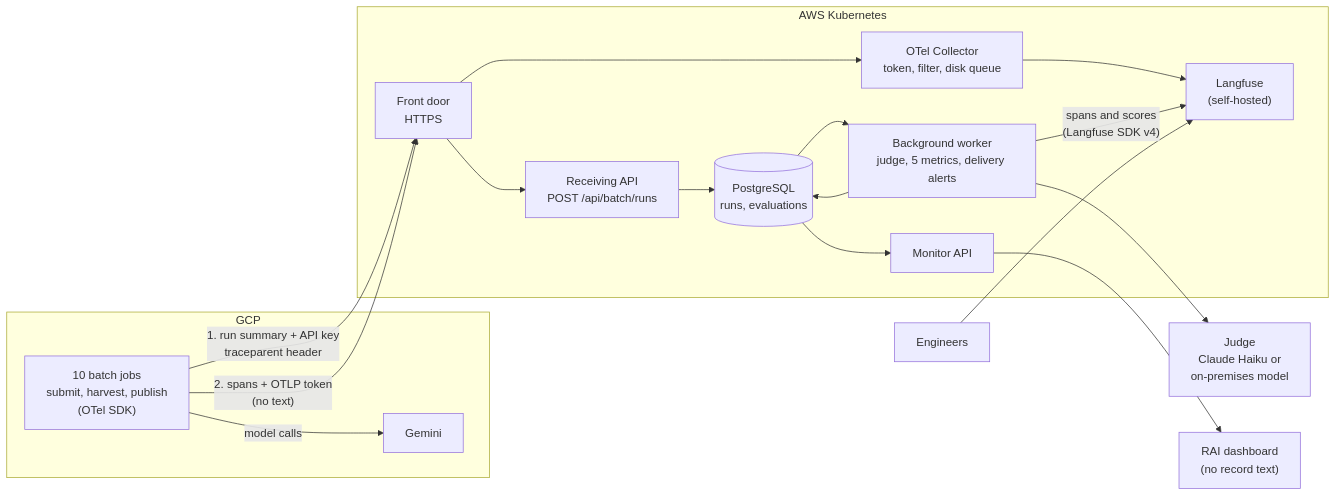
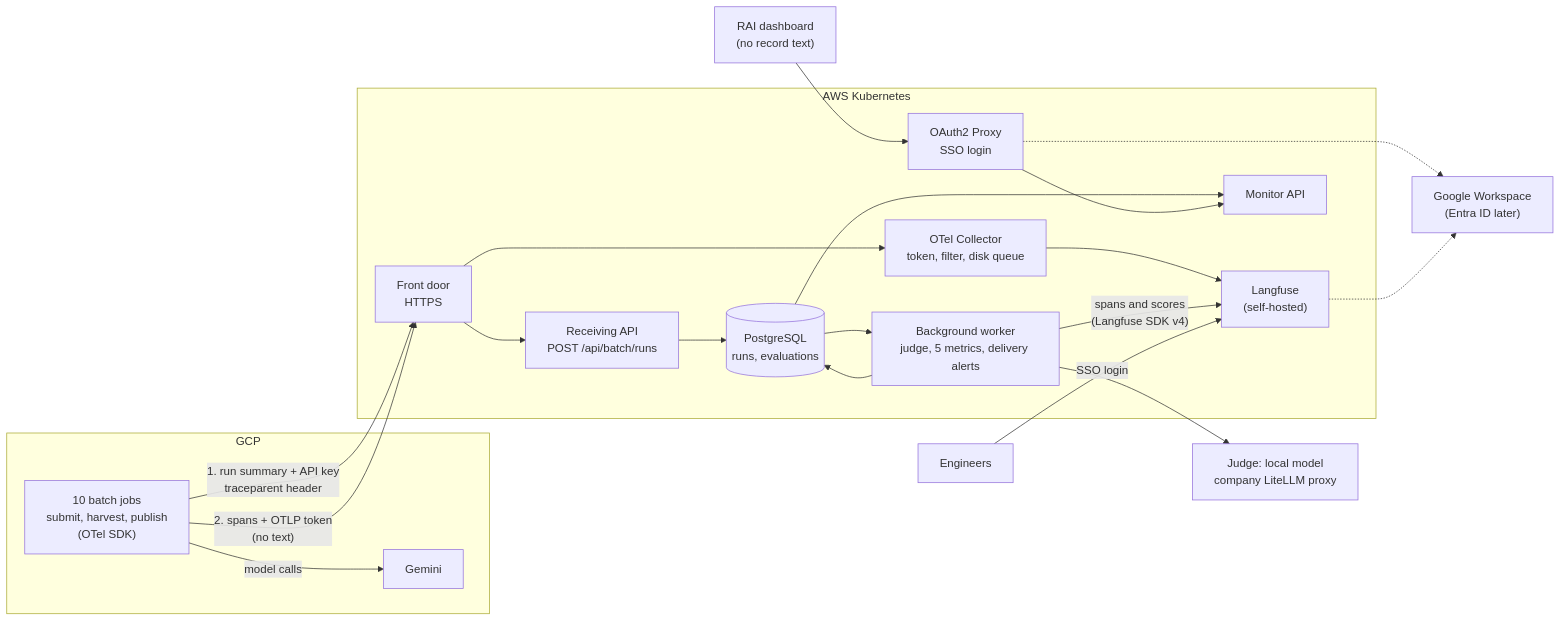
Before and after one commit to tkhongsap-io/model-monitoring-prototype: the second of 2 diagrams in changes/2026-10-02-batch-monitoring-mvp/summary.md, drawn with Mermaid. The commit also changed other lines of this file and 7 other files, not shown here.

First line of the commit message:
docs: add SSO login and the LiteLLM judge to the batch MVP plan

````diff
--- a/changes/2026-10-02-batch-monitoring-mvp/summary.md
+++ b/changes/2026-10-02-batch-monitoring-mvp/summary.md
@@ -75,26 +77,30 @@
 ```mermaid
 flowchart LR
   subgraph GCP["GCP"]
     JOB["10 batch jobs<br/>submit, harvest, publish<br/>(OTel SDK)"] -- "model calls" --> GEM["Gemini"]
   end
   subgraph AWS["AWS Kubernetes"]
     FD["Front door<br/>HTTPS"]
     IN["Receiving API<br/>POST /api/batch/runs"]
     COL["OTel Collector<br/>token, filter, disk queue"]
     DB[("PostgreSQL<br/>runs, evaluations")]
     WK["Background worker<br/>judge, 5 metrics, delivery alerts"]
     LF["Langfuse<br/>(self-hosted)"]
     MAPI["Monitor API"]
     FD --> IN --> DB
     FD --> COL --> LF
     DB --> WK --> DB
     WK -- "spans and scores<br/>(Langfuse SDK v4)" --> LF
     DB --> MAPI
+    SSO["OAuth2 Proxy<br/>SSO login"] --> MAPI
   end
-  JUDGE["Judge<br/>Claude Haiku or<br/>on-premises model"]
+  JUDGE["Judge: local model<br/>company LiteLLM proxy"]
+  IDP["Google Workspace<br/>(Entra ID later)"]
   JOB -- "1. run summary + API key<br/>traceparent header" --> FD
   JOB -- "2. spans + OTLP token<br/>(no text)" --> FD
   WK --> JUDGE
-  MAPI --> UI["RAI dashboard<br/>(no record text)"]
-  ENG["Engineers"] --> LF
+  UI["RAI dashboard<br/>(no record text)"] --> SSO
+  ENG["Engineers"] -- "SSO login" --> LF
+  SSO -.-> IDP
+  LF -.-> IDP
 ```
````
